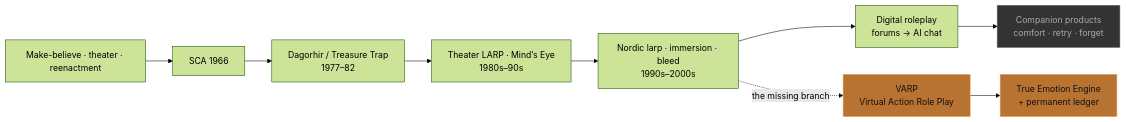
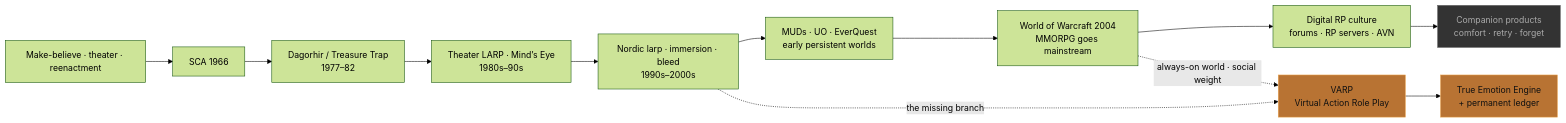
One commit to sonoran-forge/.github changed the diagram in profile/README.md. Above: the diagram before and after it, drawn with Mermaid (forest theme). The commit also changed other lines of this file, not shown here.

Commit message:
Lineage: credit WoW and MMORPG immersion step

````diff
--- a/profile/README.md
+++ b/profile/README.md
@@ -21,15 +21,18 @@
 ```mermaid
 flowchart LR
   A[Make-believe · theater · reenactment] --> B[SCA 1966]
   B --> C[Dagorhir / Treasure Trap\n1977–82]
   C --> D[Theater LARP · Mind’s Eye\n1980s–90s]
   D --> E[Nordic larp · immersion · bleed\n1990s–2000s]
-  E --> F[Digital roleplay\nforums → AI chat]
-  F --> G["Companion" products\ncomfort · retry · forget]
-  E -.->|the missing branch| H[VARP\nVirtual Action Role Play]
-  H --> I[True Emotion Engine\n+ permanent ledger]
+  E --> F[MUDs · UO · EverQuest\nearly persistent worlds]
+  F --> G[World of Warcraft 2004\nMMORPG goes mainstream]
+  G --> H[Digital RP culture\nforums · RP servers · AVN]
+  H --> I["Companion" products\ncomfort · retry · forget]
+  E -.->|the missing branch| J[VARP\nVirtual Action Role Play]
+  G -.->|always-on world · social weight| J
+  J --> K[True Emotion Engine\n+ permanent ledger]
 
-  style G fill:#333,stroke:#666,color:#aaa
-  style H fill:#b87333,stroke:#e8a04a,color:#111
-  style I fill:#b87333,stroke:#e8a04a,color:#111
+  style I fill:#333,stroke:#666,color:#aaa
+  style J fill:#b87333,stroke:#e8a04a,color:#111
+  style K fill:#b87333,stroke:#e8a04a,color:#111
 ```
````
